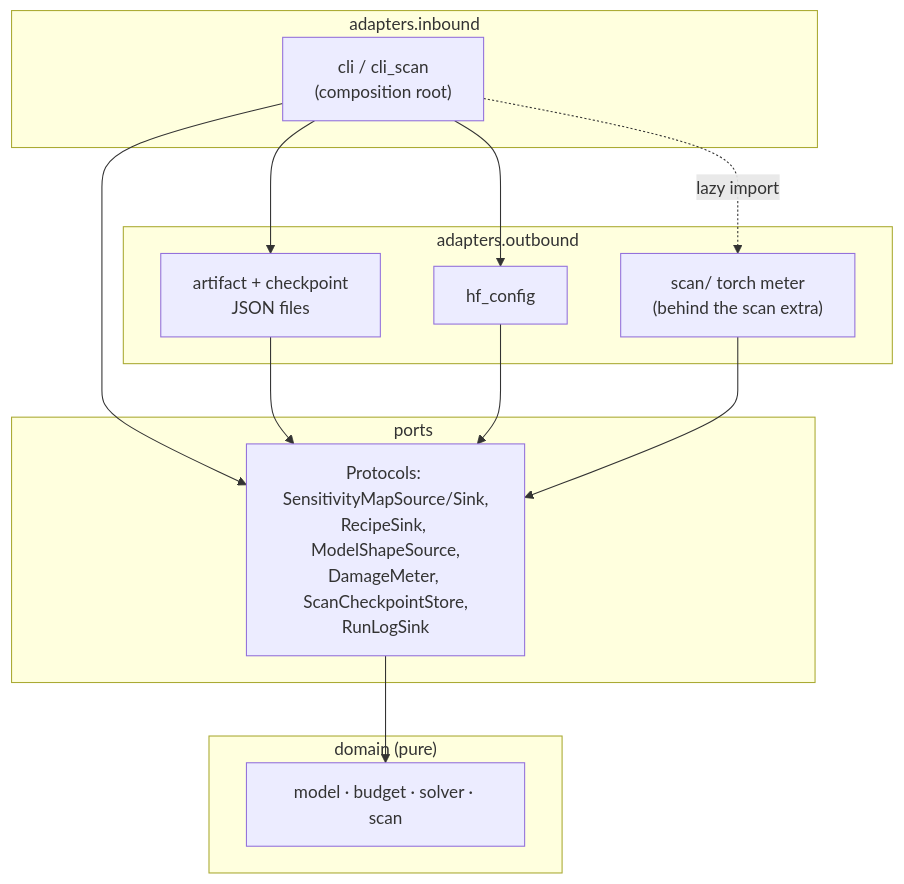
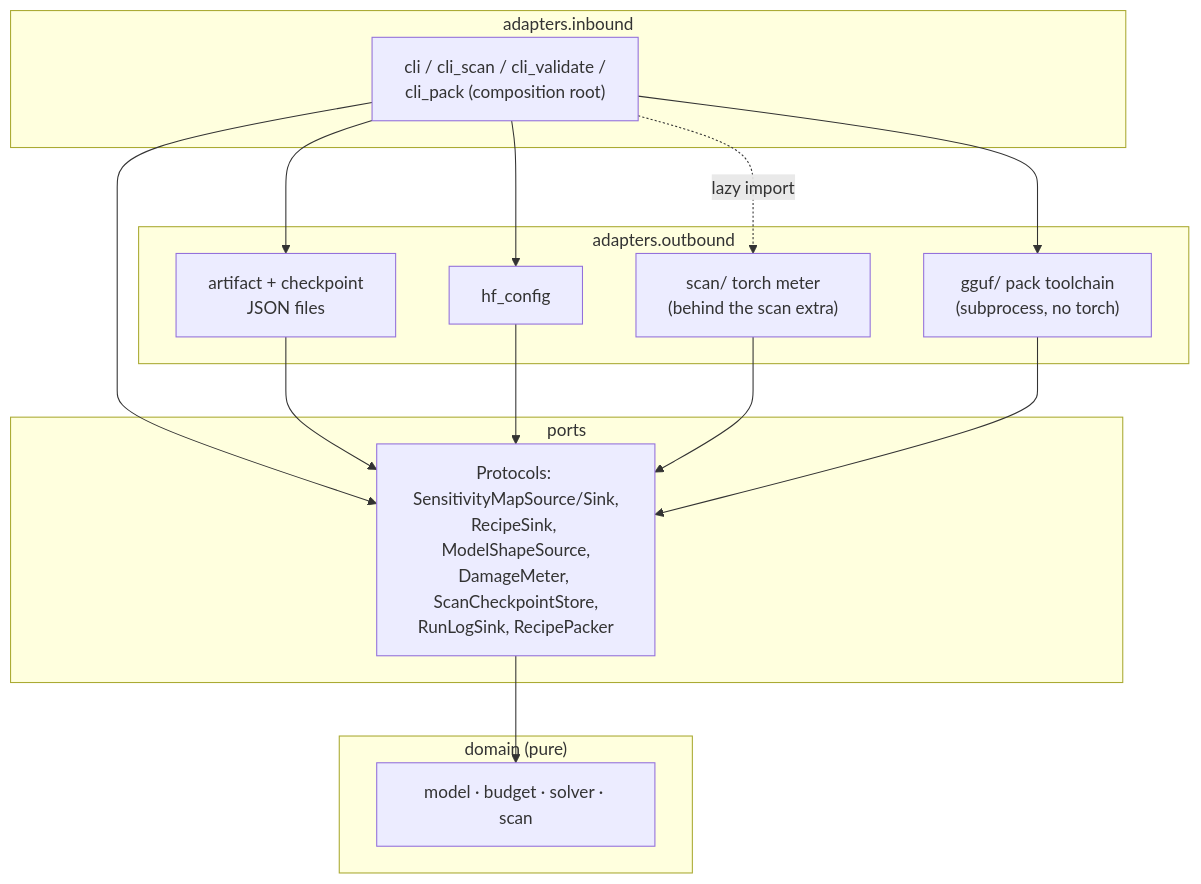
One commit to Alberto-Codes/vramfit changed the second of 3 diagrams in docs/explanation/architecture.md. Above: the diagram before and after it, drawn with Mermaid. The commit also changed other lines of this file and 30 other files, not shown here.

````diff
--- a/docs/explanation/architecture.md
+++ b/docs/explanation/architecture.md
@@ -49,25 +55,28 @@
 ```mermaid
 flowchart TD
     subgraph inbound["adapters.inbound"]
-        CLI["cli / cli_scan<br/>(composition root)"]
+        CLI["cli / cli_scan / cli_validate /<br/>cli_pack (composition root)"]
     end
     subgraph outbound["adapters.outbound"]
         JSONAD["artifact + checkpoint<br/>JSON files"]
         HF["hf_config"]
         TORCH["scan/ torch meter<br/>(behind the scan extra)"]
+        GGUF["gguf/ pack toolchain<br/>(subprocess, no torch)"]
     end
     subgraph ports["ports"]
-        P["Protocols: SensitivityMapSource/Sink,<br/>RecipeSink, ModelShapeSource,<br/>DamageMeter, ScanCheckpointStore,<br/>RunLogSink"]
+        P["Protocols: SensitivityMapSource/Sink,<br/>RecipeSink, ModelShapeSource,<br/>DamageMeter, ScanCheckpointStore,<br/>RunLogSink, RecipePacker"]
     end
     subgraph domain["domain (pure)"]
         D["model · budget · solver · scan"]
     end
     CLI --> JSONAD
     CLI --> HF
     CLI -.->|lazy import| TORCH
+    CLI --> GGUF
     CLI --> P
     JSONAD --> P
     HF --> P
     TORCH --> P
+    GGUF --> P
     P --> D
 ```
````
